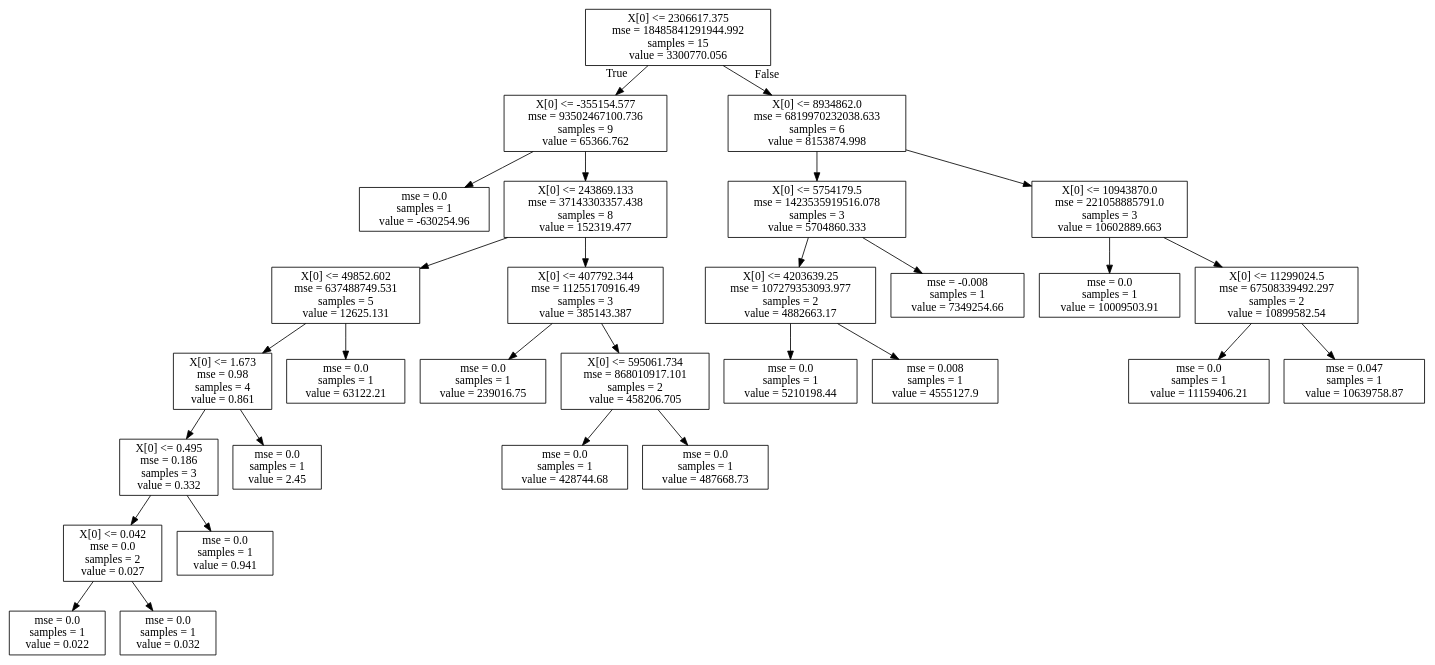
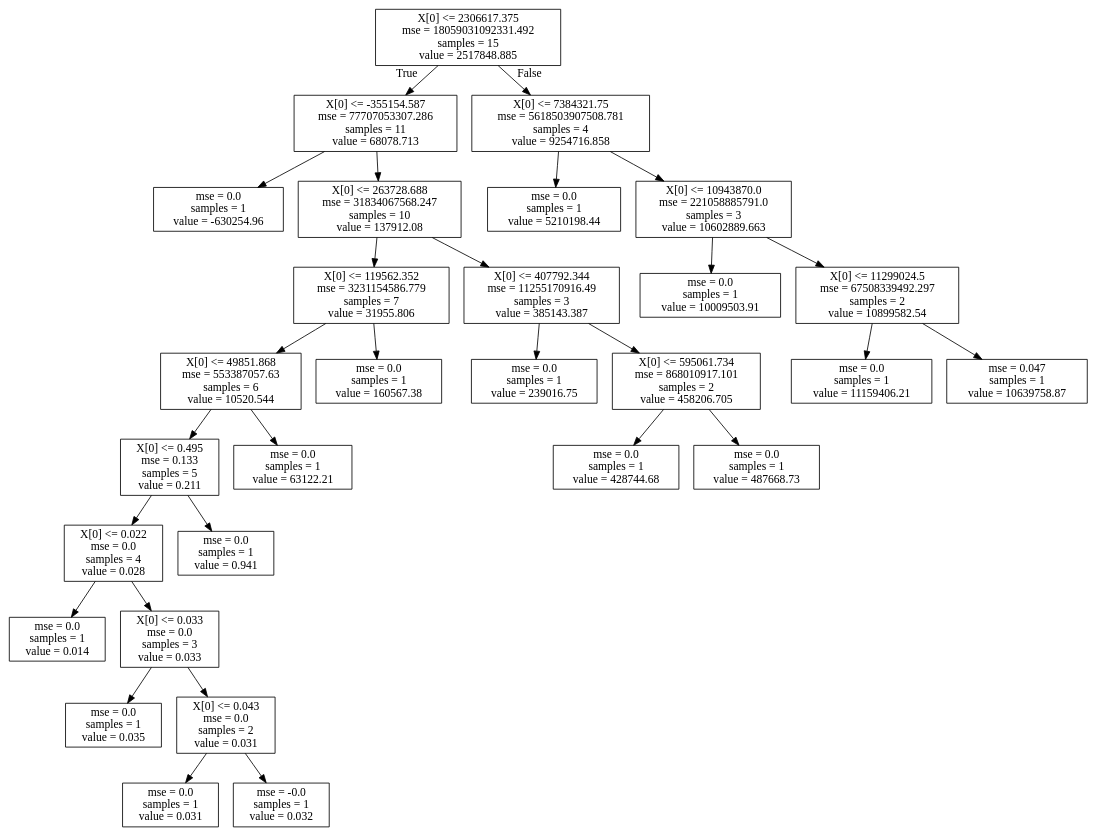
Before and after one commit to Dimitrios-Mourtzilas/Business-Strategy: the diagram in dot_tree.dot, drawn with Graphviz. The commit also changed 15 other files, not shown here.

```diff
--- a/dot_tree.dot
+++ b/dot_tree.dot
@@ -1,60 +1,60 @@
 digraph Tree {
 node [shape=box] ;
-0 [label="X[0] <= 2306617.375\nmse = 18485841291944.992\nsamples = 15\nvalue = 3300770.056"] ;
-1 [label="X[0] <= -355154.577\nmse = 93502467100.736\nsamples = 9\nvalue = 65366.762"] ;
+0 [label="X[0] <= 2306617.375\nmse = 18059031092331.492\nsamples = 15\nvalue = 2517848.885"] ;
+1 [label="X[0] <= -355154.587\nmse = 77707053307.286\nsamples = 11\nvalue = 68078.713"] ;
 0 -> 1 [labeldistance=2.5, labelangle=45, headlabel="True"] ;
 2 [label="mse = 0.0\nsamples = 1\nvalue = -630254.96"] ;
 1 -> 2 ;
-3 [label="X[0] <= 243869.133\nmse = 37143303357.438\nsamples = 8\nvalue = 152319.477"] ;
+3 [label="X[0] <= 263728.688\nmse = 31834067568.247\nsamples = 10\nvalue = 137912.08"] ;
 1 -> 3 ;
-4 [label="X[0] <= 49852.602\nmse = 637488749.531\nsamples = 5\nvalue = 12625.131"] ;
+4 [label="X[0] <= 119562.352\nmse = 3231154586.779\nsamples = 7\nvalue = 31955.806"] ;
 3 -> 4 ;
-5 [label="X[0] <= 1.673\nmse = 0.98\nsamples = 4\nvalue = 0.861"] ;
+5 [label="X[0] <= 49851.868\nmse = 553387057.63\nsamples = 6\nvalue = 10520.544"] ;
 4 -> 5 ;
-6 [label="X[0] <= 0.495\nmse = 0.186\nsamples = 3\nvalue = 0.332"] ;
+6 [label="X[0] <= 0.495\nmse = 0.133\nsamples = 5\nvalue = 0.211"] ;
 5 -> 6 ;
-7 [label="X[0] <= 0.042\nmse = 0.0\nsamples = 2\nvalue = 0.027"] ;
+7 [label="X[0] <= 0.022\nmse = 0.0\nsamples = 4\nvalue = 0.028"] ;
 6 -> 7 ;
-8 [label="mse = 0.0\nsamples = 1\nvalue = 0.022"] ;
+8 [label="mse = 0.0\nsamples = 1\nvalue = 0.014"] ;
 7 -> 8 ;
-9 [label="mse = 0.0\nsamples = 1\nvalue = 0.032"] ;
+9 [label="X[0] <= 0.033\nmse = 0.0\nsamples = 3\nvalue = 0.033"] ;
 7 -> 9 ;
-10 [label="mse = 0.0\nsamples = 1\nvalue = 0.941"] ;
-6 -> 10 ;
-11 [label="mse = 0.0\nsamples = 1\nvalue = 2.45"] ;
-5 -> 11 ;
-12 [label="mse = 0.0\nsamples = 1\nvalue = 63122.21"] ;
-4 -> 12 ;
-13 [label="X[0] <= 407792.344\nmse = 11255170916.49\nsamples = 3\nvalue = 385143.387"] ;
-3 -> 13 ;
-14 [label="mse = 0.0\nsamples = 1\nvalue = 239016.75"] ;
-13 -> 14 ;
-15 [label="X[0] <= 595061.734\nmse = 868010917.101\nsamples = 2\nvalue = 458206.705"] ;
-13 -> 15 ;
-16 [label="mse = 0.0\nsamples = 1\nvalue = 428744.68"] ;
-15 -> 16 ;
-17 [label="mse = 0.0\nsamples = 1\nvalue = 487668.73"] ;
-15 -> 17 ;
-18 [label="X[0] <= 8934862.0\nmse = 6819970232038.633\nsamples = 6\nvalue = 8153874.998"] ;
-0 -> 18 [labeldistance=2.5, labelangle=-45, headlabel="False"] ;
-19 [label="X[0] <= 5754179.5\nmse = 1423535919516.078\nsamples = 3\nvalue = 5704860.333"] ;
-18 -> 19 ;
-20 [label="X[0] <= 4203639.25\nmse = 107279353093.977\nsamples = 2\nvalue = 4882663.17"] ;
+10 [label="mse = 0.0\nsamples = 1\nvalue = 0.035"] ;
+9 -> 10 ;
+11 [label="X[0] <= 0.043\nmse = 0.0\nsamples = 2\nvalue = 0.031"] ;
+9 -> 11 ;
+12 [label="mse = 0.0\nsamples = 1\nvalue = 0.031"] ;
+11 -> 12 ;
+13 [label="mse = -0.0\nsamples = 1\nvalue = 0.032"] ;
+11 -> 13 ;
+14 [label="mse = 0.0\nsamples = 1\nvalue = 0.941"] ;
+6 -> 14 ;
+15 [label="mse = 0.0\nsamples = 1\nvalue = 63122.21"] ;
+5 -> 15 ;
+16 [label="mse = 0.0\nsamples = 1\nvalue = 160567.38"] ;
+4 -> 16 ;
+17 [label="X[0] <= 407792.344\nmse = 11255170916.49\nsamples = 3\nvalue = 385143.387"] ;
+3 -> 17 ;
+18 [label="mse = 0.0\nsamples = 1\nvalue = 239016.75"] ;
+17 -> 18 ;
+19 [label="X[0] <= 595061.734\nmse = 868010917.101\nsamples = 2\nvalue = 458206.705"] ;
+17 -> 19 ;
+20 [label="mse = 0.0\nsamples = 1\nvalue = 428744.68"] ;
 19 -> 20 ;
-21 [label="mse = 0.0\nsamples = 1\nvalue = 5210198.44"] ;
-20 -> 21 ;
-22 [label="mse = 0.008\nsamples = 1\nvalue = 4555127.9"] ;
-20 -> 22 ;
-23 [label="mse = -0.008\nsamples = 1\nvalue = 7349254.66"] ;
-19 -> 23 ;
+21 [label="mse = 0.0\nsamples = 1\nvalue = 487668.73"] ;
+19 -> 21 ;
+22 [label="X[0] <= 7384321.75\nmse = 5618503907508.781\nsamples = 4\nvalue = 9254716.858"] ;
+0 -> 22 [labeldistance=2.5, labelangle=-45, headlabel="False"] ;
+23 [label="mse = 0.0\nsamples = 1\nvalue = 5210198.44"] ;
+22 -> 23 ;
 24 [label="X[0] <= 10943870.0\nmse = 221058885791.0\nsamples = 3\nvalue = 10602889.663"] ;
-18 -> 24 ;
+22 -> 24 ;
 25 [label="mse = 0.0\nsamples = 1\nvalue = 10009503.91"] ;
 24 -> 25 ;
 26 [label="X[0] <= 11299024.5\nmse = 67508339492.297\nsamples = 2\nvalue = 10899582.54"] ;
 24 -> 26 ;
 27 [label="mse = 0.0\nsamples = 1\nvalue = 11159406.21"] ;
 26 -> 27 ;
 28 [label="mse = 0.047\nsamples = 1\nvalue = 10639758.87"] ;
 26 -> 28 ;
 }
```
